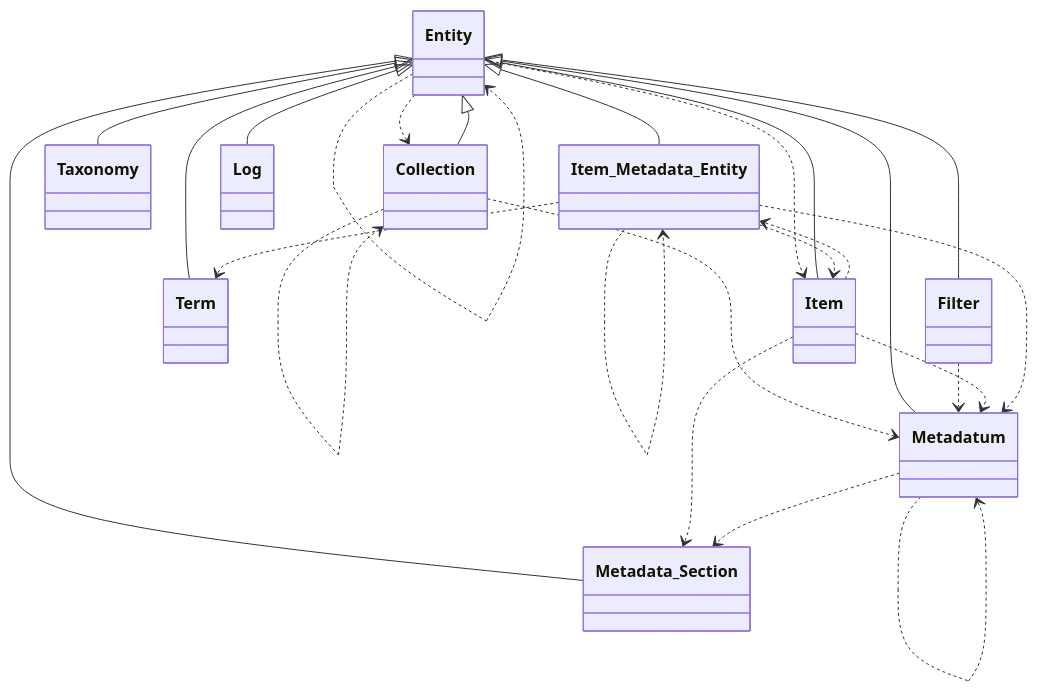
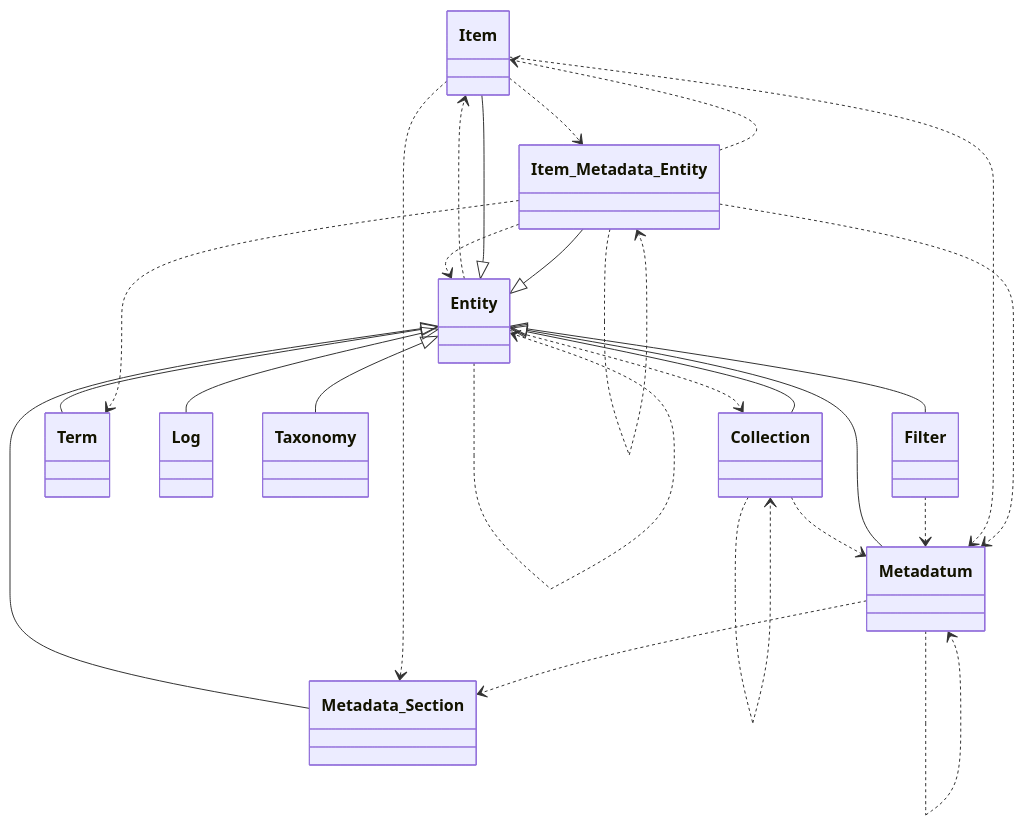
Before and after one commit to tainacan/tainacan: the diagram in docs/diagrams/tainacan-namespace-Tainacan-Entities.mmd, drawn with Mermaid. The commit also changed 96 other files, not shown here.

```diff
--- a/docs/diagrams/tainacan-namespace-Tainacan-Entities.mmd
+++ b/docs/diagrams/tainacan-namespace-Tainacan-Entities.mmd
@@ -1,36 +1,37 @@
 classDiagram
     direction TB
-    class Metadata_Section { }
-    class Item_Metadata_Entity { }
-    class Taxonomy { }
-    class Metadatum { }
-    class Filter { }
-    class Entity { }
     class Collection { }
     class Term { }
     class Item { }
+    class Item_Metadata_Entity { }
+    class Entity { }
+    class Metadata_Section { }
     class Log { }
+    class Metadatum { }
+    class Taxonomy { }
+    class Filter { }
     Collection ..> Collection
     Collection ..> Metadatum
     Entity ..> Collection
     Entity ..> Entity
     Entity ..> Item
     Entity <|-- Collection
     Entity <|-- Filter
     Entity <|-- Item
     Entity <|-- Item_Metadata_Entity
     Entity <|-- Log
     Entity <|-- Metadata_Section
     Entity <|-- Metadatum
     Entity <|-- Taxonomy
     Entity <|-- Term
     Filter ..> Metadatum
     Item ..> Item_Metadata_Entity
     Item ..> Metadata_Section
     Item ..> Metadatum
+    Item_Metadata_Entity ..> Entity
     Item_Metadata_Entity ..> Item
     Item_Metadata_Entity ..> Item_Metadata_Entity
     Item_Metadata_Entity ..> Metadatum
     Item_Metadata_Entity ..> Term
     Metadatum ..> Metadata_Section
     Metadatum ..> Metadatum
```
